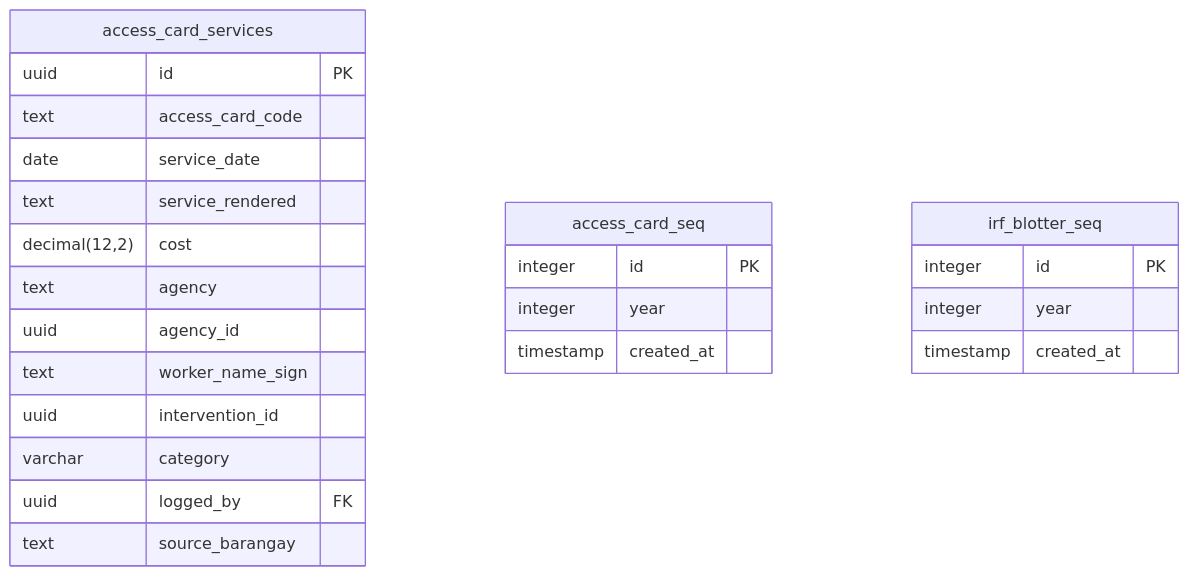
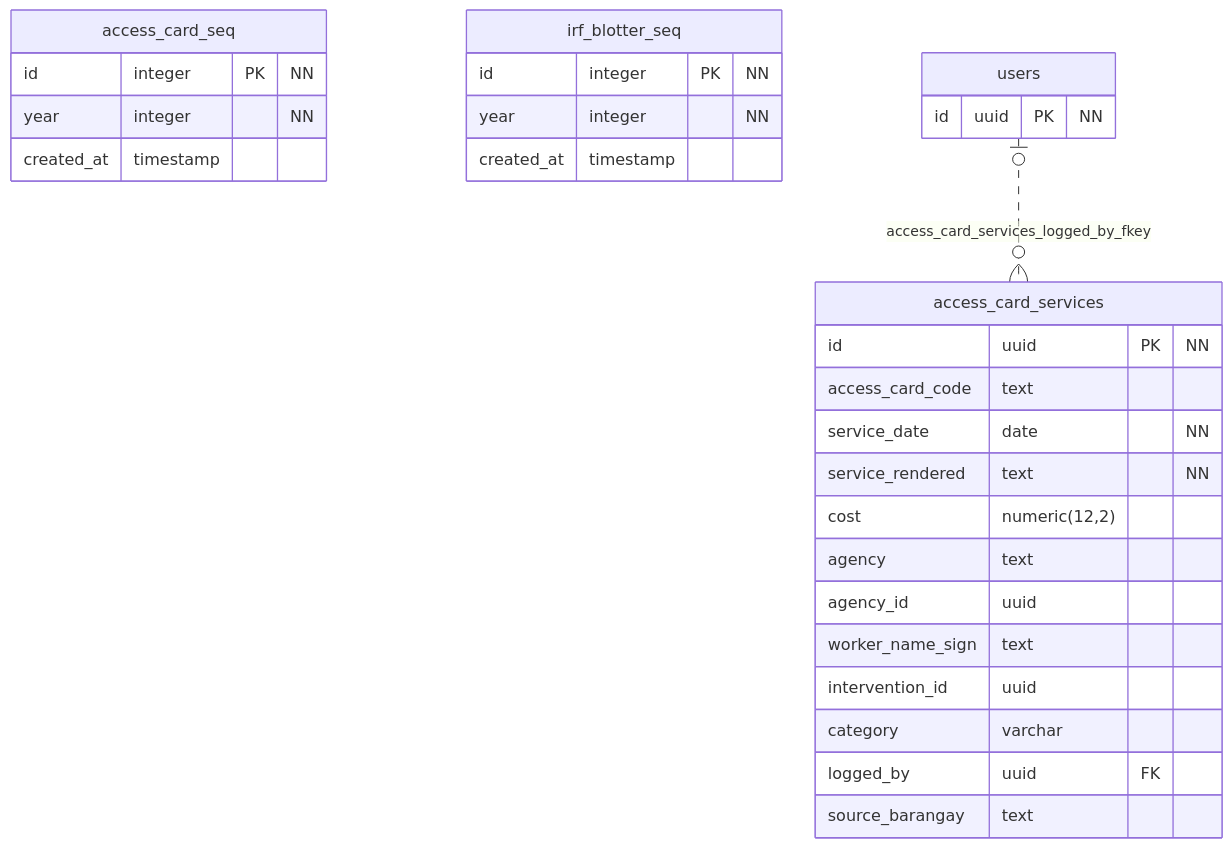
One commit to urlsalimbot/THESIS1-KAPWA changed the ninth of 12 diagrams in docs/diagrams/06-erd.md. Above: the diagram before and after it, drawn with Mermaid. The commit also changed other lines of this file and 2 other files, not shown here.

First line of the commit message:
docs(diagrams): rework the ERD into Oracle physical notation, generated

````diff
--- a/docs/diagrams/06-erd.md
+++ b/docs/diagrams/06-erd.md
@@ -1588,30 +761,32 @@
 ```mermaid
 erDiagram
+    direction TB
     "access_card_services" {
-        uuid id PK
-        text access_card_code
-        date service_date
-        text service_rendered
-        decimal(12,2) cost
-        text agency
-        uuid agency_id
-        text worker_name_sign
-        uuid intervention_id
-        varchar category
-        uuid logged_by FK
-        text source_barangay
+        id uuid PK "NN"
+        access_card_code text
+        service_date date "NN"
+        service_rendered text "NN"
+        cost numeric(12,2)
+        agency text
+        agency_id uuid
+        worker_name_sign text
+        intervention_id uuid
+        category varchar
+        logged_by uuid FK
+        source_barangay text
     }
-
     "access_card_seq" {
-        integer id PK
-        integer year
-        timestamp created_at
+        id integer PK "NN"
+        year integer "NN"
+        created_at timestamp
     }
-
     "irf_blotter_seq" {
-        integer id PK
-        integer year
-        timestamp created_at
+        id integer PK "NN"
+        year integer "NN"
+        created_at timestamp
     }
-
+    "users" {
+        id uuid PK "NN"
+    }
+    "users" o|..o{ "access_card_services" : "access_card_services_logged_by_fkey"
 ```
````
